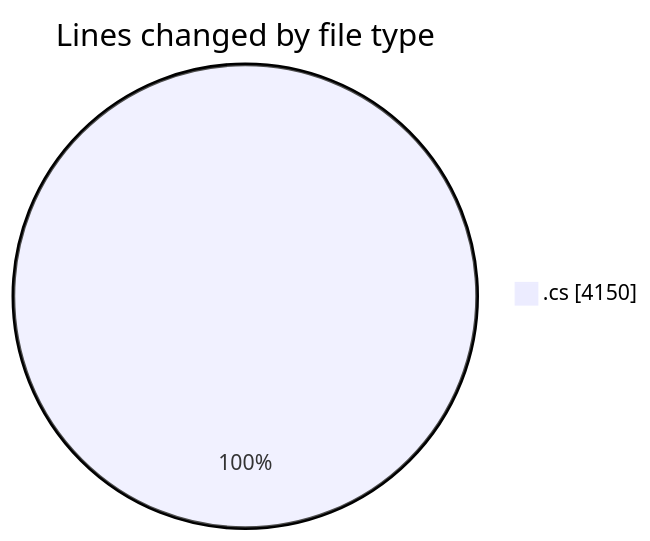
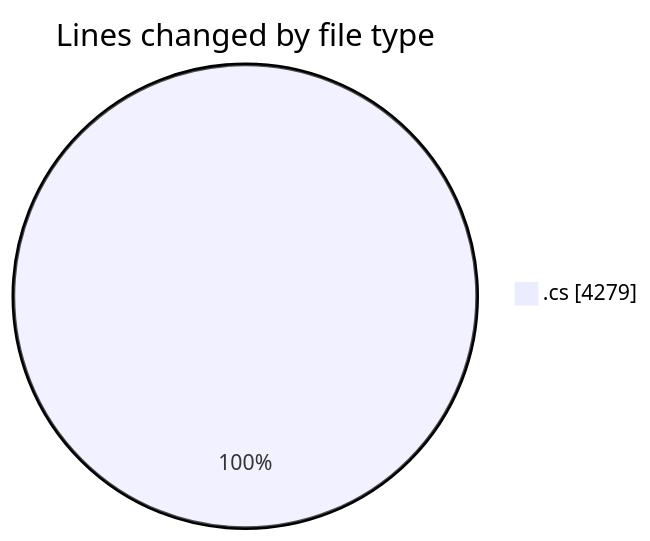
One commit to Netris89/code-tracking changed the first of 2 diagrams in 2025-03-26/back-end/README.md. Above: the diagram before and after it, drawn with Mermaid. The commit also changed other lines of this file and 1 other file, not shown here.

````diff
--- a/2025-03-26/back-end/README.md
+++ b/2025-03-26/back-end/README.md
@@ -49,5 +49,5 @@
 ```mermaid
 pie showData
 title Lines changed by file type
-".cs" : 4150
+".cs" : 4279
 ```
````
